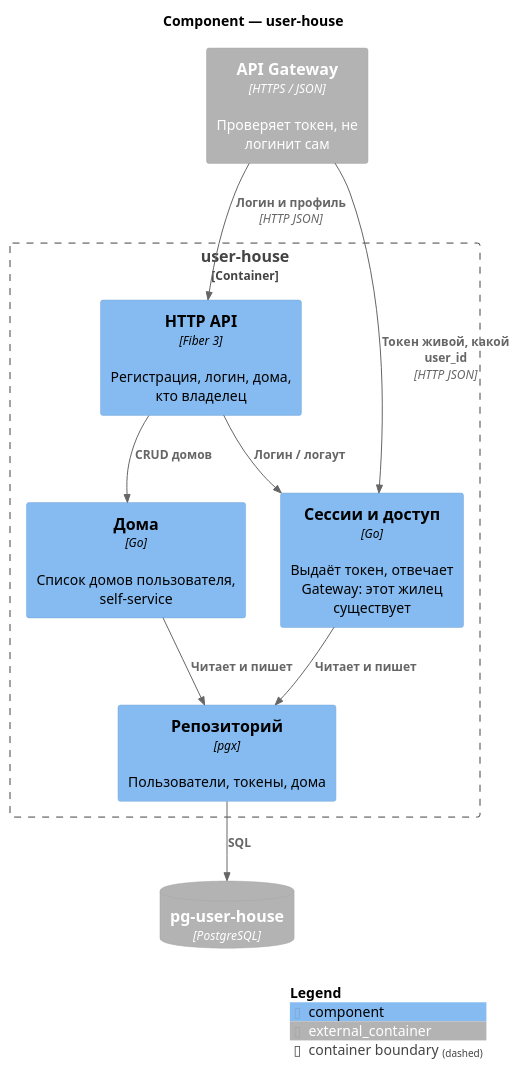
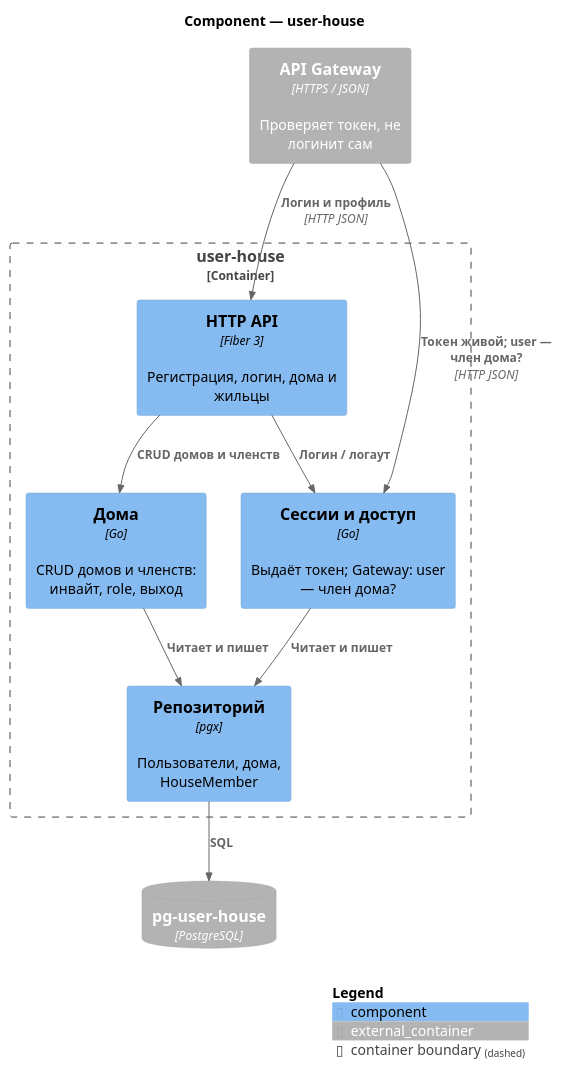
Before and after one commit to Dima-Karpov/architecture-pro-warmhouse: the diagram in docs/c4/02-component-user-house.puml, drawn with PlantUML. The commit also changed 13 other files, not shown here.

```diff
--- a/docs/c4/02-component-user-house.puml
+++ b/docs/c4/02-component-user-house.puml
@@ -1,25 +1,25 @@
 @startuml
 !include https://raw.githubusercontent.com/plantuml-stdlib/C4-PlantUML/master/C4_Component.puml
 
 title Component — user-house
 
 Container_Boundary(userHouse, "user-house") {
-    Component(api, "HTTP API", "Fiber 3", "Регистрация, логин, дома, кто владелец")
-    Component(auth, "Сессии и доступ", "Go", "Выдаёт токен, отвечает Gateway: этот жилец существует")
-    Component(houses, "Дома", "Go", "Список домов пользователя, self-service")
-    Component(repo, "Репозиторий", "pgx", "Пользователи, токены, дома")
+    Component(api, "HTTP API", "Fiber 3", "Регистрация, логин, дома и жильцы")
+    Component(auth, "Сессии и доступ", "Go", "Выдаёт токен; Gateway: user — член дома?")
+    Component(houses, "Дома", "Go", "CRUD домов и членств: инвайт, role, выход")
+    Component(repo, "Репозиторий", "pgx", "Пользователи, дома, HouseMember")
 }
 
 ContainerDb_Ext(db, "pg-user-house", "PostgreSQL")
 Container_Ext(gw, "API Gateway", "HTTPS / JSON", "Проверяет токен, не логинит сам")
 
 Rel(gw, api, "Логин и профиль", "HTTP JSON")
-Rel(gw, auth, "Токен живой, какой user_id", "HTTP JSON")
+Rel(gw, auth, "Токен живой; user — член дома?", "HTTP JSON")
 Rel(api, auth, "Логин / логаут")
-Rel(api, houses, "CRUD домов")
+Rel(api, houses, "CRUD домов и членств")
 Rel(auth, repo, "Читает и пишет")
 Rel(houses, repo, "Читает и пишет")
 Rel(repo, db, "SQL")
 
 SHOW_LEGEND()
 @enduml
```
